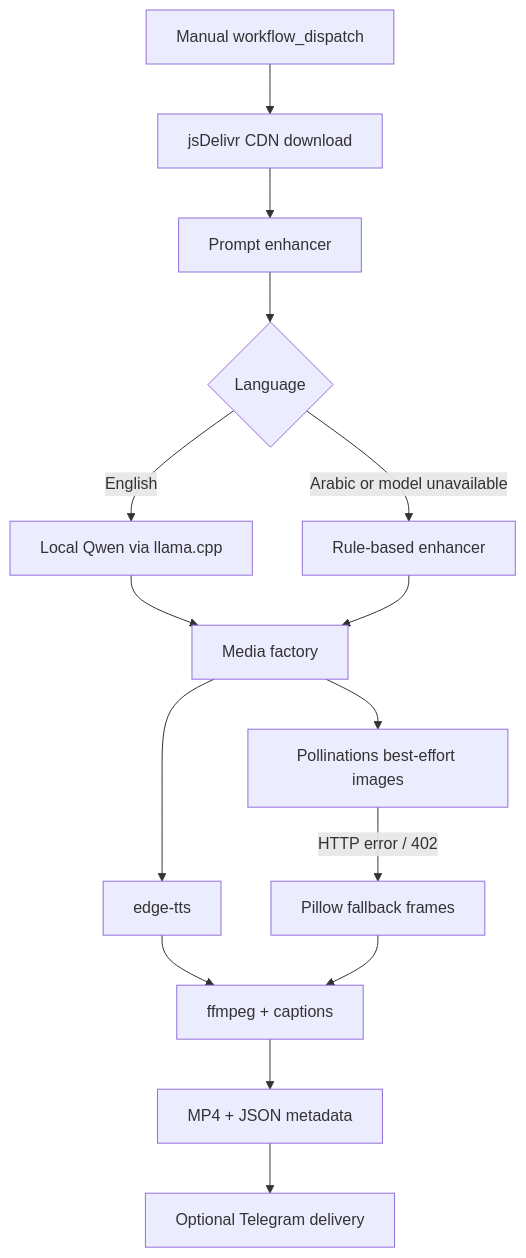
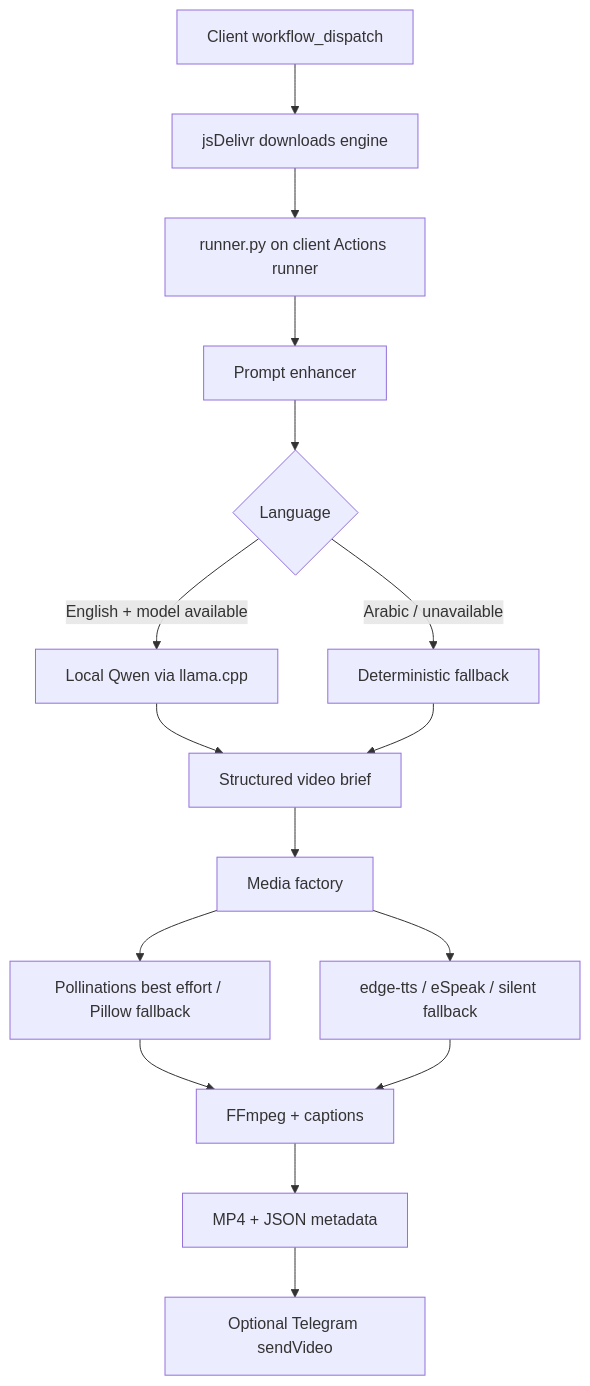
The diagram in README.md (zopair/relaymind-core), drawn with Mermaid before and after one commit. The commit also changed other lines of this file, not shown here.

````diff
--- a/README.md
+++ b/README.md
@@ -9,17 +29,18 @@
 ```mermaid
 flowchart TD
- A[Manual workflow_dispatch] --> B[jsDelivr CDN download]
- B --> C[Prompt enhancer]
- C --> D{Language}
- D -->|English| E[Local Qwen via llama.cpp]
- D -->|Arabic or model unavailable| F[Rule-based enhancer]
- E --> G[Media factory]
- F --> G
- G --> H[edge-tts]
- G --> I[Pollinations best-effort images]
- I -->|HTTP error / 402| J[Pillow fallback frames]
- H --> K[ffmpeg + captions]
- J --> K
- K --> L[MP4 + JSON metadata]
- L --> M[Optional Telegram delivery]
+    Dispatch[Client workflow_dispatch] --> CDN[jsDelivr downloads engine]
+    CDN --> Runner[runner.py on client Actions runner]
+    Runner --> Prompt[Prompt enhancer]
+    Prompt --> Lang{Language}
+    Lang -->|English + model available| Qwen[Local Qwen via llama.cpp]
+    Lang -->|Arabic / unavailable| Rules[Deterministic fallback]
+    Qwen --> Brief[Structured video brief]
+    Rules --> Brief
+    Brief --> Media[Media factory]
+    Media --> Images[Pollinations best effort / Pillow fallback]
+    Media --> Voice[edge-tts / eSpeak / silent fallback]
+    Images --> FFmpeg[FFmpeg + captions]
+    Voice --> FFmpeg
+    FFmpeg --> Output[MP4 + JSON metadata]
+    Output --> Telegram[Optional Telegram sendVideo]
 ```
````
